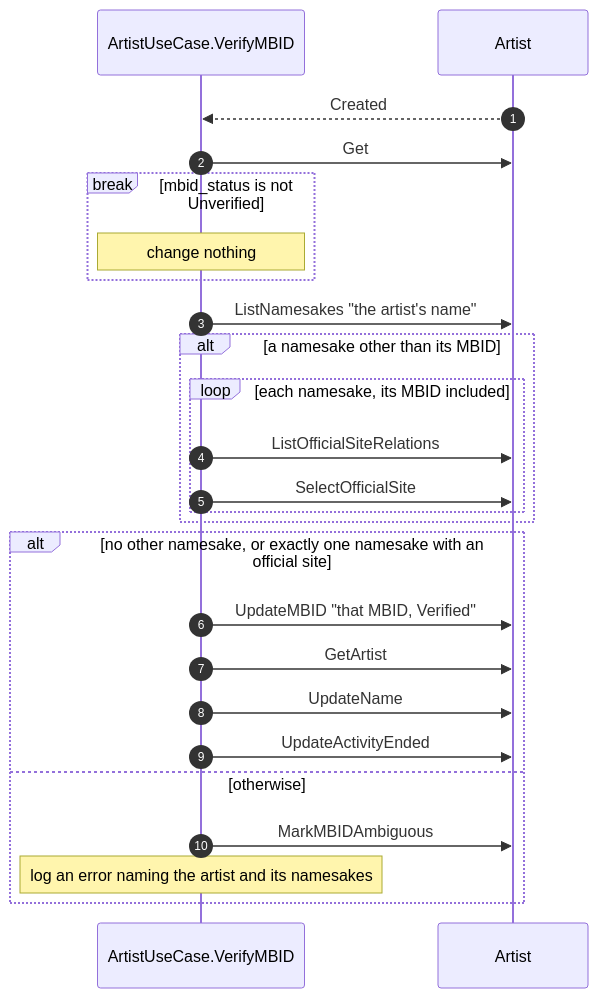
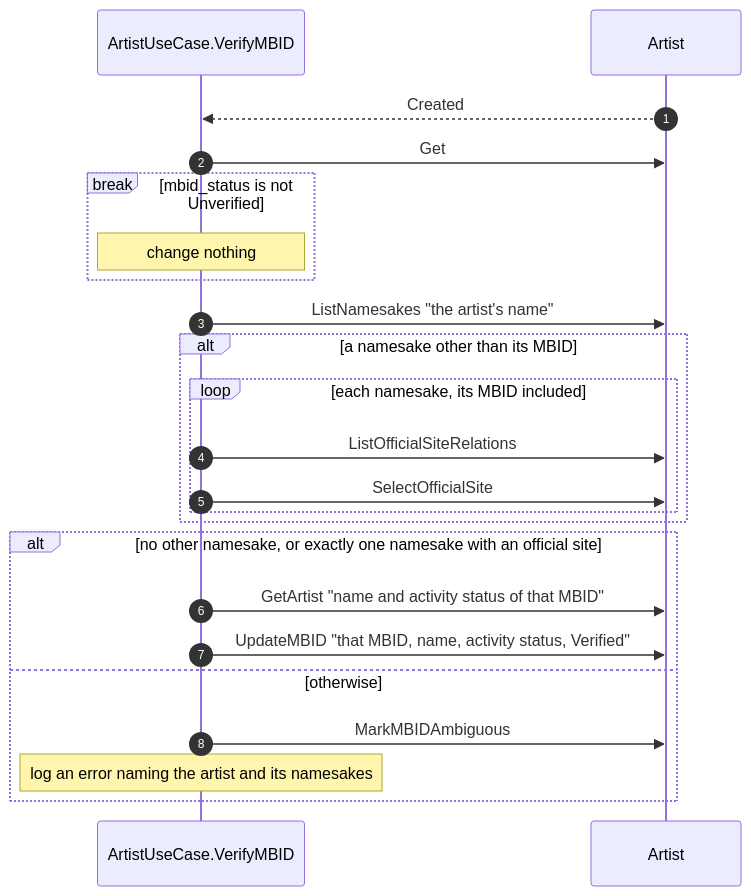
One commit to liverty-music/specification changed the diagram in openspec/changes/verify-artist-mbid/specs/components/usecase/artist/verify-mbid/spec.md. Above: the diagram before and after it, drawn with Mermaid. The commit also changed other lines of this file and 7 other files, not shown here.

First line of the commit message:
docs(openspec): store a verified MBID with its catalog details in one write

````diff
--- a/openspec/changes/verify-artist-mbid/specs/components/usecase/artist/verify-mbid/spec.md
+++ b/openspec/changes/verify-artist-mbid/specs/components/usecase/artist/verify-mbid/spec.md
@@ -5,27 +5,25 @@
 ```mermaid
 sequenceDiagram
 autonumber
 participant UC as ArtistUseCase.VerifyMBID
 participant Artist
 Artist-->>UC: Created
 UC->>Artist: Get
 break mbid_status is not Unverified
   Note over UC: change nothing
 end
 UC->>Artist: ListNamesakes "the artist's name"
 alt a namesake other than its MBID
   loop each namesake, its MBID included
     UC->>Artist: ListOfficialSiteRelations
     UC->>Artist: SelectOfficialSite
   end
 end
 alt no other namesake, or exactly one namesake with an official site
-  UC->>Artist: UpdateMBID "that MBID, Verified"
-  UC->>Artist: GetArtist
-  UC->>Artist: UpdateName
-  UC->>Artist: UpdateActivityEnded
+  UC->>Artist: GetArtist "name and activity status of that MBID"
+  UC->>Artist: UpdateMBID "that MBID, name, activity status, Verified"
 else otherwise
   UC->>Artist: MarkMBIDAmbiguous
   Note over UC: log an error naming the artist and its namesakes
 end
 ```
````
